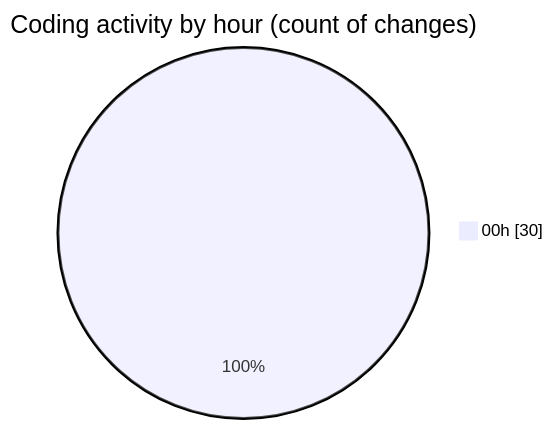
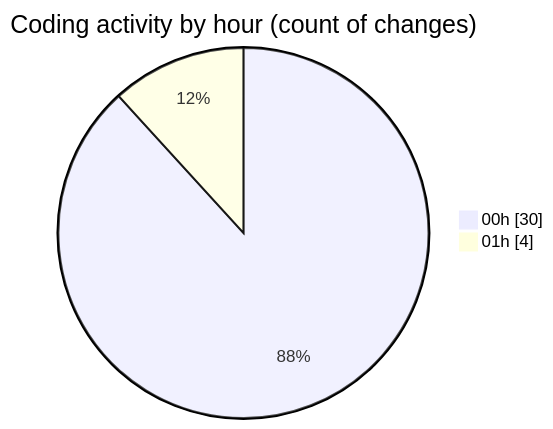
Before and after one commit to ernivani/code-tracking: the second of 2 diagrams in 2025-01-04/my-code-activity-ext/README.md, drawn with Mermaid. The commit also changed other lines of this file and 1 other file, not shown here.

````diff
--- a/2025-01-04/my-code-activity-ext/README.md
+++ b/2025-01-04/my-code-activity-ext/README.md
@@ -44,5 +44,6 @@
 ```mermaid
 pie showData
 title Coding activity by hour (count of changes)
 "00h" : 30
+"01h" : 4
 ```
````
